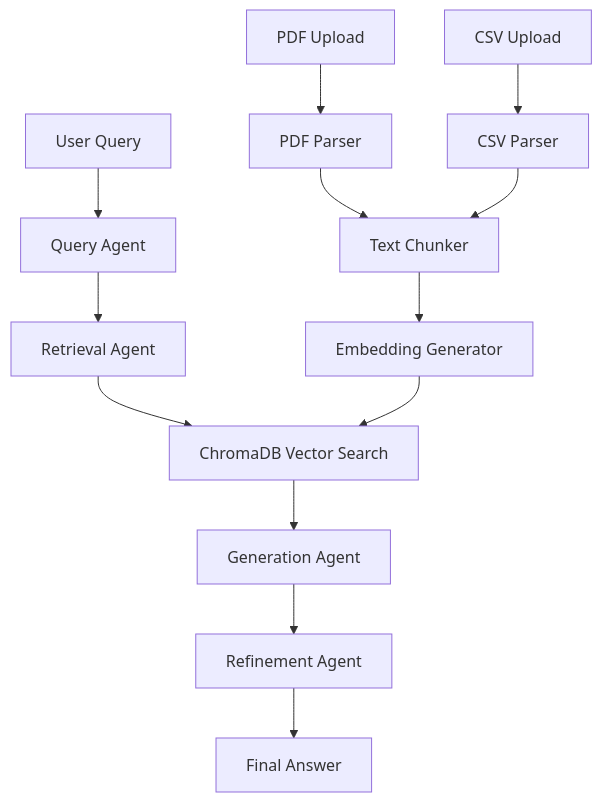
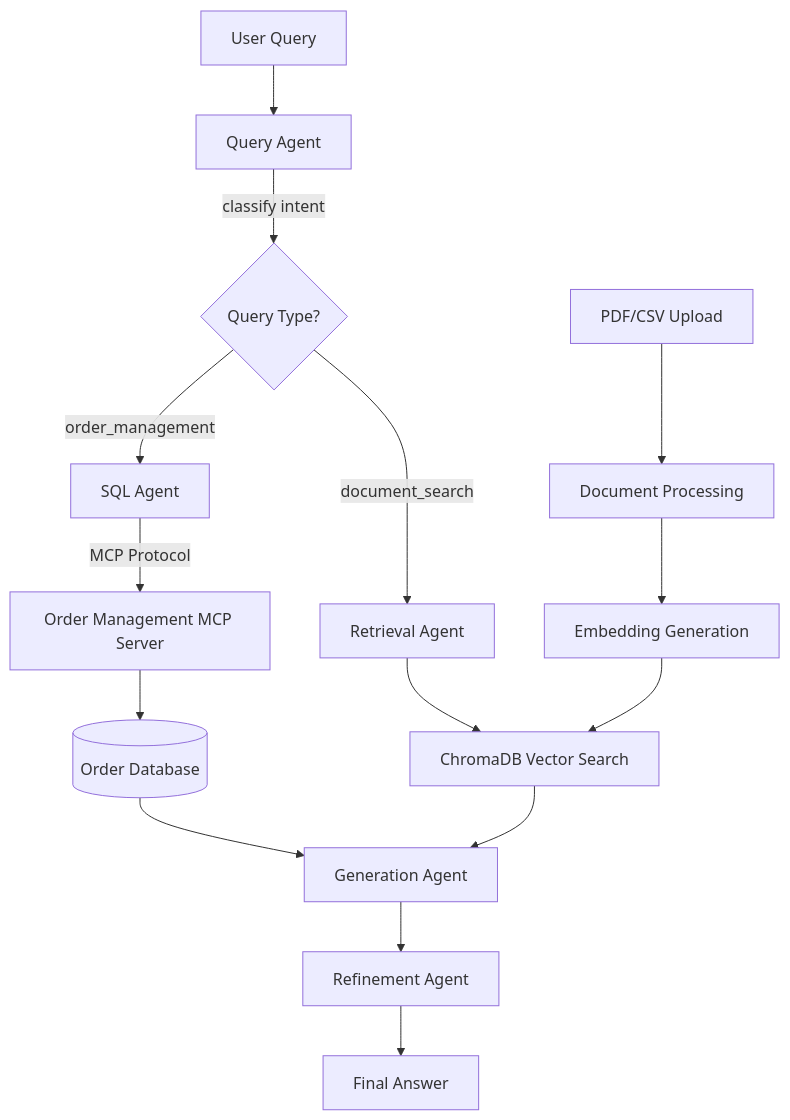
Before and after one commit to AskSyed/OmniHelp: the diagram in README.md, drawn with Mermaid. The commit also changed other lines of this file and 20 other files, not shown here.

Commit message:
Adding order management system, mcp server and client. This is first cut which needs to be improved.

````diff
--- a/README.md
+++ b/README.md
@@ -16,16 +23,21 @@
 ```mermaid
-graph TD
+graph TB
     A[User Query] --> B[Query Agent]
-    B --> C[Retrieval Agent]
-    C --> D[ChromaDB Vector Search]
-    D --> E[Generation Agent]
-    E --> F[Refinement Agent]
-    F --> G[Final Answer]
-    
-    H[PDF Upload] --> I[PDF Parser]
-    J[CSV Upload] --> K[CSV Parser]
-    I --> L[Text Chunker]
-    K --> L
-    L --> M[Embedding Generator]
-    M --> D
+    B -->|classify intent| C{Query Type?}
+
+    C -->|document_search| D[Retrieval Agent]
+    D --> E[ChromaDB Vector Search]
+    E --> F[Generation Agent]
+
+    C -->|order_management| G[SQL Agent]
+    G -->|MCP Protocol| H[Order Management MCP Server]
+    H --> I[(Order Database)]
+    I --> F
+
+    F --> J[Refinement Agent]
+    J --> K[Final Answer]
+
+    L[PDF/CSV Upload] --> M[Document Processing]
+    M --> N[Embedding Generation]
+    N --> E
 ```
````
